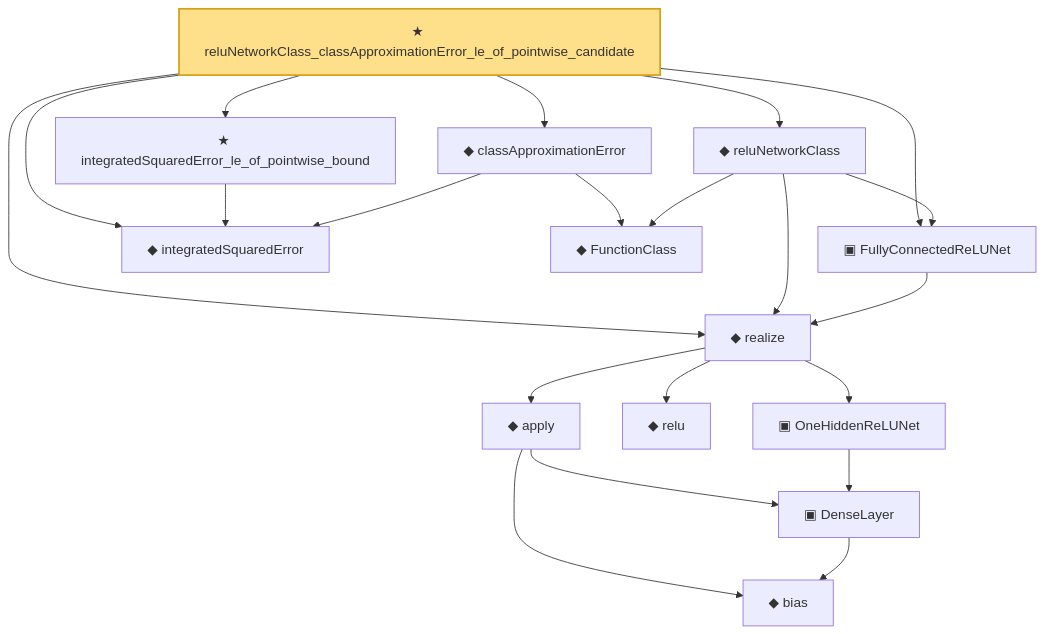
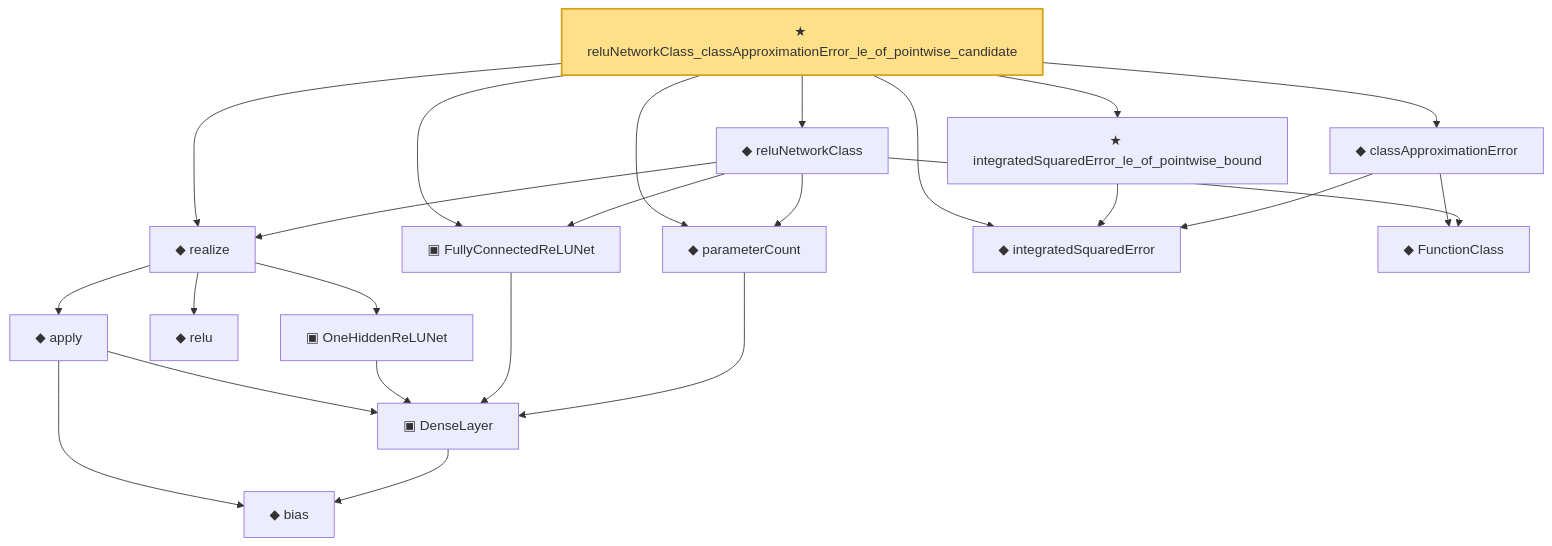
The diagram in public/narratives/Nonparametric/reluNetworkClass_classApproximationError_le_of_pointwise_candidate.md (statopia/statlib-site), drawn with Mermaid before and after one commit. The commit also changed other lines of this file and 940 other files, not shown here.

Commit message:
docs: refresh featured dependency graphs

````diff
--- a/public/narratives/Nonparametric/reluNetworkClass_classApproximationError_le_of_pointwise_candidate.md
+++ b/public/narratives/Nonparametric/reluNetworkClass_classApproximationError_le_of_pointwise_candidate.md
@@ -24,39 +25,43 @@
 ```mermaid
 flowchart TD
   n0["◆ bias"]
   n1["▣ DenseLayer"]
-  n2["▣ OneHiddenReLUNet"]
-  n3["◆ relu"]
-  n4["◆ apply"]
-  n5["◆ realize"]
-  n6["▣ FullyConnectedReLUNet"]
-  n7["◆ integratedSquaredError"]
-  n8["◆ FunctionClass"]
-  n9["◆ reluNetworkClass"]
-  n10["◆ classApproximationError"]
-  n11["★ integratedSquaredError_le_of_pointwise_bound"]
-  n12["★ reluNetworkClass_classApproximationError_le_of_pointwise_candidate"]
+  n2["◆ parameterCount"]
+  n3["▣ FullyConnectedReLUNet"]
+  n4["▣ OneHiddenReLUNet"]
+  n5["◆ relu"]
+  n6["◆ apply"]
+  n7["◆ realize"]
+  n8["◆ integratedSquaredError"]
+  n9["◆ FunctionClass"]
+  n10["◆ reluNetworkClass"]
+  n11["◆ classApproximationError"]
+  n12["★ integratedSquaredError_le_of_pointwise_bound"]
+  n13["★ reluNetworkClass_classApproximationError_le_of_pointwise_candidate"]
   n1 --> n0
   n2 --> n1
+  n3 --> n1
   n4 --> n1
-  n4 --> n0
-  n5 --> n2
-  n5 --> n3
-  n5 --> n4
-  n6 --> n5
-  n9 --> n8
-  n9 --> n6
-  n9 --> n5
-  n10 --> n8
+  n6 --> n1
+  n6 --> n0
+  n7 --> n4
+  n7 --> n5
+  n7 --> n6
+  n10 --> n2
+  n10 --> n9
+  n10 --> n3
   n10 --> n7
-  n11 --> n7
-  n12 --> n6
-  n12 --> n5
-  n12 --> n7
-  n12 --> n9
-  n12 --> n10
-  n12 --> n11
-  class n12 headline;
+  n11 --> n9
+  n11 --> n8
+  n12 --> n8
+  n13 --> n2
+  n13 --> n3
+  n13 --> n7
+  n13 --> n8
+  n13 --> n10
+  n13 --> n11
+  n13 --> n12
+  class n13 headline;
   classDef headline fill:#ffe08a,stroke:#d4a017,stroke-width:2px;
   classDef axiomNode fill:#ffd0d0,stroke:#c0392b,stroke-dasharray:4 2;
 ```
````
